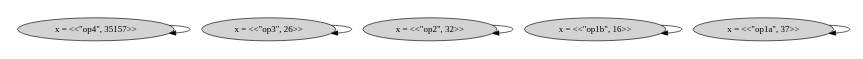
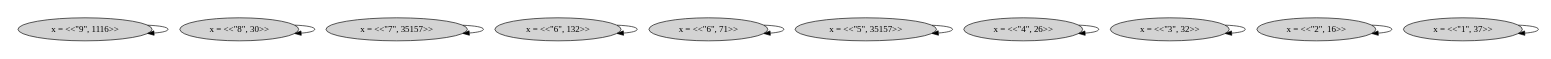
Before and after one commit to will62794/tla-web: the diagram in specs/with_state_graphs/simple_lambda.tla.dot, drawn with Graphviz. The commit also changed 3 other files, not shown here.

```diff
--- a/specs/with_state_graphs/simple_lambda.tla.dot
+++ b/specs/with_state_graphs/simple_lambda.tla.dot
@@ -1,17 +1,27 @@
 strict digraph DiskGraph {
 nodesep=0.35;
 subgraph cluster_graph {
 color="white";
-5079263637246660081 [label="x = <<\"op1a\", 37>>",style = filled]
--9002919260264607162 [label="x = <<\"op1b\", 16>>",style = filled]
-2391613260400489824 [label="x = <<\"op2\", 32>>",style = filled]
--5722797652486893291 [label="x = <<\"op3\", 26>>",style = filled]
--6754100323956080536 [label="x = <<\"op4\", 35157>>",style = filled]
-5079263637246660081 -> 5079263637246660081 [label="",color="black",fontcolor="black"];
--9002919260264607162 -> -9002919260264607162 [label="",color="black",fontcolor="black"];
-2391613260400489824 -> 2391613260400489824 [label="",color="black",fontcolor="black"];
--5722797652486893291 -> -5722797652486893291 [label="",color="black",fontcolor="black"];
--6754100323956080536 -> -6754100323956080536 [label="",color="black",fontcolor="black"];
-{rank = same; 5079263637246660081;-6754100323956080536;2391613260400489824;-5722797652486893291;-9002919260264607162;}
+-8714631190595358265 [label="x = <<\"1\", 37>>",style = filled]
+4791116311436766832 [label="x = <<\"2\", 16>>",style = filled]
+-4988819755933655245 [label="x = <<\"3\", 32>>",style = filled]
+3507760491754526711 [label="x = <<\"4\", 26>>",style = filled]
+4156836481956588091 [label="x = <<\"5\", 35157>>",style = filled]
+7981769454953609343 [label="x = <<\"6\", 71>>",style = filled]
+408375458138110957 [label="x = <<\"6\", 132>>",style = filled]
+3527994426191400532 [label="x = <<\"7\", 35157>>",style = filled]
+-1518960515862546508 [label="x = <<\"8\", 30>>",style = filled]
+-4209749065133042428 [label="x = <<\"9\", 1116>>",style = filled]
+-8714631190595358265 -> -8714631190595358265 [label="",color="black",fontcolor="black"];
+4791116311436766832 -> 4791116311436766832 [label="",color="black",fontcolor="black"];
+-4988819755933655245 -> -4988819755933655245 [label="",color="black",fontcolor="black"];
+3507760491754526711 -> 3507760491754526711 [label="",color="black",fontcolor="black"];
+4156836481956588091 -> 4156836481956588091 [label="",color="black",fontcolor="black"];
+7981769454953609343 -> 7981769454953609343 [label="",color="black",fontcolor="black"];
+408375458138110957 -> 408375458138110957 [label="",color="black",fontcolor="black"];
+3527994426191400532 -> 3527994426191400532 [label="",color="black",fontcolor="black"];
+-1518960515862546508 -> -1518960515862546508 [label="",color="black",fontcolor="black"];
+-4209749065133042428 -> -4209749065133042428 [label="",color="black",fontcolor="black"];
+{rank = same; 3507760491754526711;-1518960515862546508;4156836481956588091;-8714631190595358265;-4988819755933655245;-4209749065133042428;408375458138110957;7981769454953609343;3527994426191400532;4791116311436766832;}
 }
 }
```
